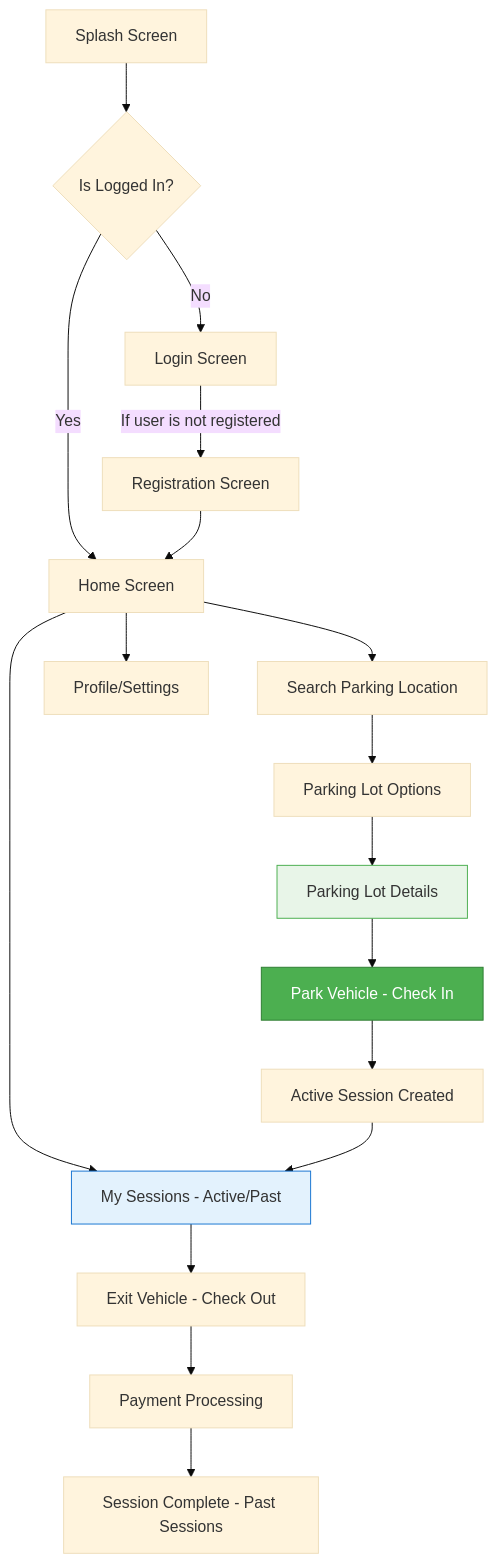
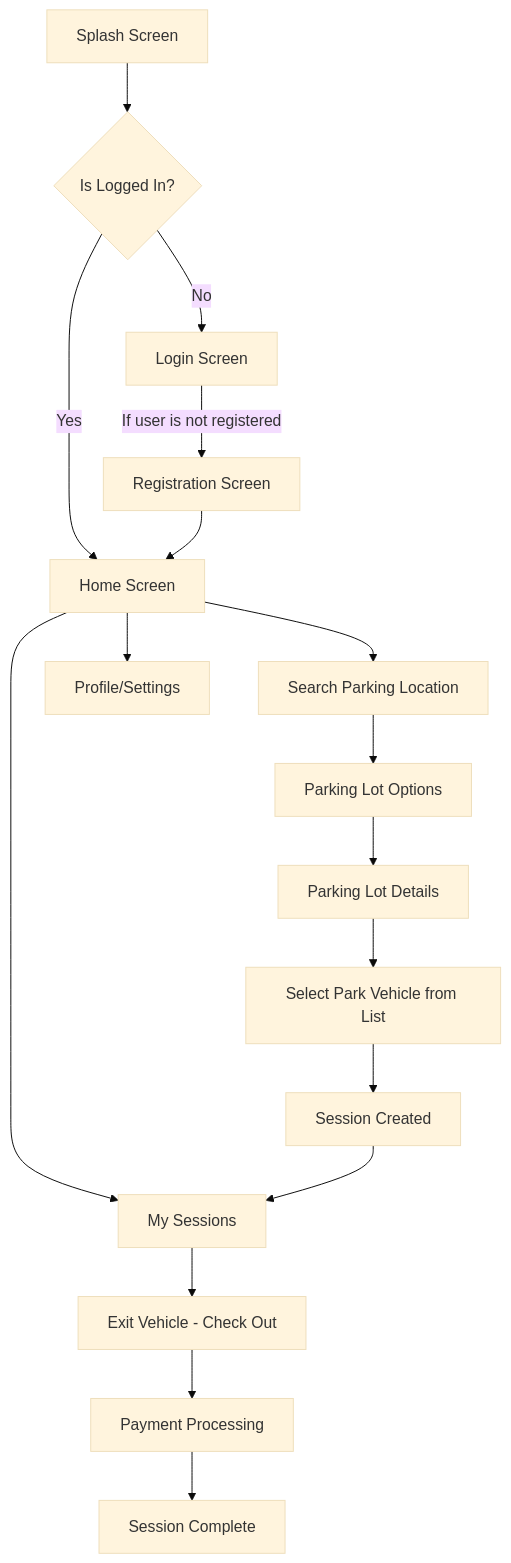
One commit to hittubhai01/parking_app_project changed the first of 5 diagrams in Vision-Parking/parking-app-prd.md. Above: the diagram before and after it, drawn with Mermaid (base theme). The commit also changed other lines of this file and 510 other files, not shown here.

````diff
--- a/Vision-Parking/parking-app-prd.md
+++ b/Vision-Parking/parking-app-prd.md
@@ -746,23 +673,21 @@
 ```mermaid
 graph TD
     A[Splash Screen] --> B{Is Logged In?}
     B -- Yes --> C[Home Screen]
     B -- No --> D[Login Screen]
     D -- If user is not registered --> E[Registration Screen]
     E --> C
     C --> F[Search Parking Location]
-    C --> O[My Sessions - Active/Past]
+    C --> O[My Sessions]
     C --> N[Profile/Settings]
     F --> G[Parking Lot Options]
     G --> H[Parking Lot Details]
-    H --> I[Park Vehicle - Check In]
-    I --> J[Active Session Created]
+    H --> I[Select Park Vehicle from List]
+    I --> J[Session Created]
     J --> O
     O --> M[Exit Vehicle - Check Out]
     M --> Q[Payment Processing]
-    Q --> R[Session Complete - Past Sessions]
+    Q --> R[Session Complete]
     
-    style I fill:#4CAF50,stroke:#2E7D32,color:#fff
-    style H fill:#E8F5E8,stroke:#4CAF50
-    style O fill:#E3F2FD,stroke:#1976D2
+    
 ```
````
